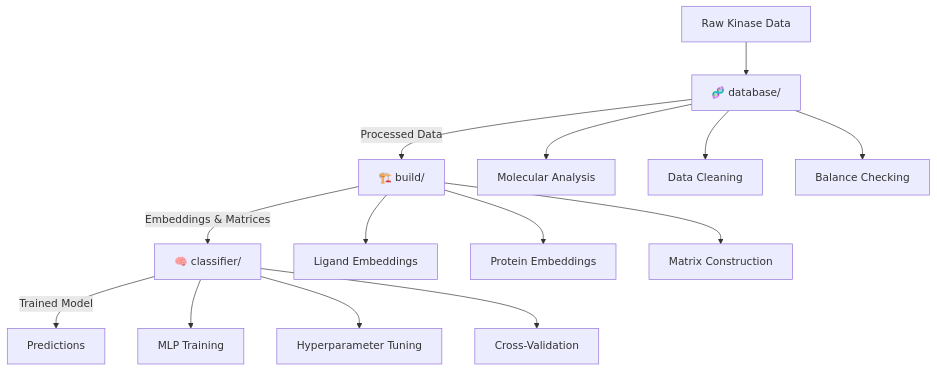
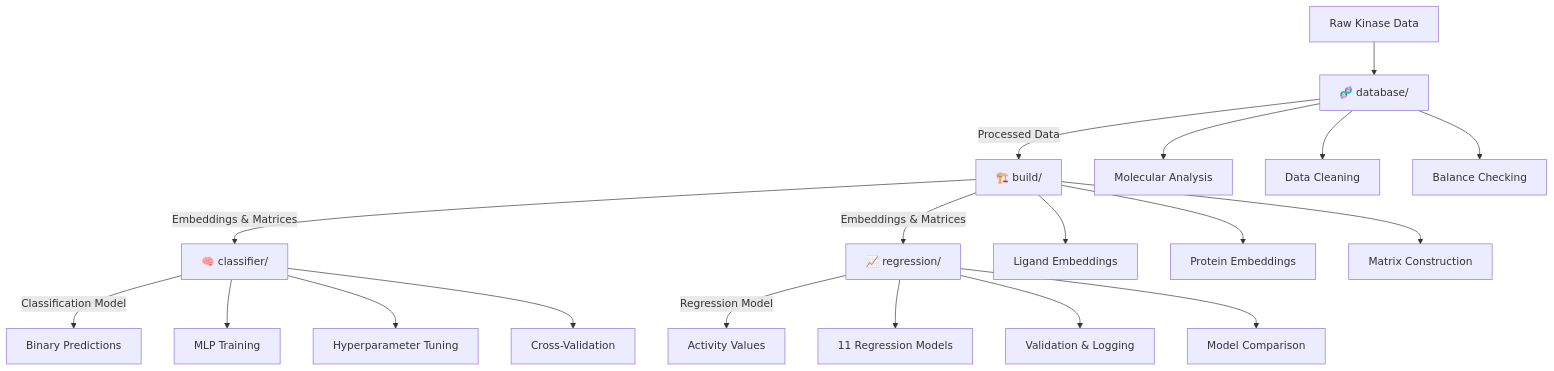
One commit to gmmsb-lncc/attention-screening changed the diagram in README.md. Above: the diagram before and after it, drawn with Mermaid. The commit also changed other lines of this file, not shown here.

First line of the commit message:
docs: Fix README - remove Time column, update System Overview with regression, add ESM folder

````diff
--- a/README.md
+++ b/README.md
@@ -65,19 +65,25 @@
 ```mermaid
 graph TB
     A[Raw Kinase Data] --> B[🧬 database/]
     B --> |Processed Data| C[🏗️ build/]
-    C --> |Embeddings & Matrices| D[🧠 classifier/]
-    D --> |Trained Model| E[Predictions]
+    C --> |Embeddings & Matrices| D1[🧠 classifier/]
+    C --> |Embeddings & Matrices| D2[📈 regression/]
+    D1 --> |Classification Model| E1[Binary Predictions]
+    D2 --> |Regression Model| E2[Activity Values]
     
     B --> B1[Molecular Analysis]
     B --> B2[Data Cleaning]
     B --> B3[Balance Checking]
     
     C --> C1[Ligand Embeddings]
     C --> C2[Protein Embeddings]
     C --> C3[Matrix Construction]
     
-    D --> D1[MLP Training]
-    D --> D2[Hyperparameter Tuning]
-    D --> D3[Cross-Validation]
+    D1 --> D1A[MLP Training]
+    D1 --> D1B[Hyperparameter Tuning]
+    D1 --> D1C[Cross-Validation]
+    
+    D2 --> D2A[11 Regression Models]
+    D2 --> D2B[Validation & Logging]
+    D2 --> D2C[Model Comparison]
 ```
````
